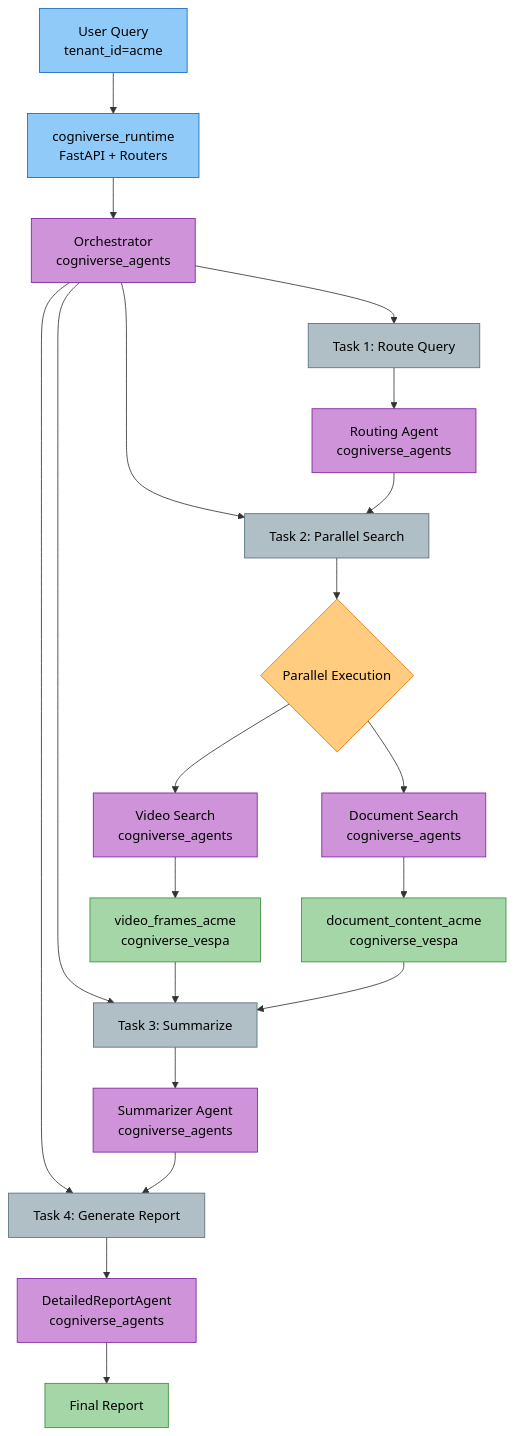
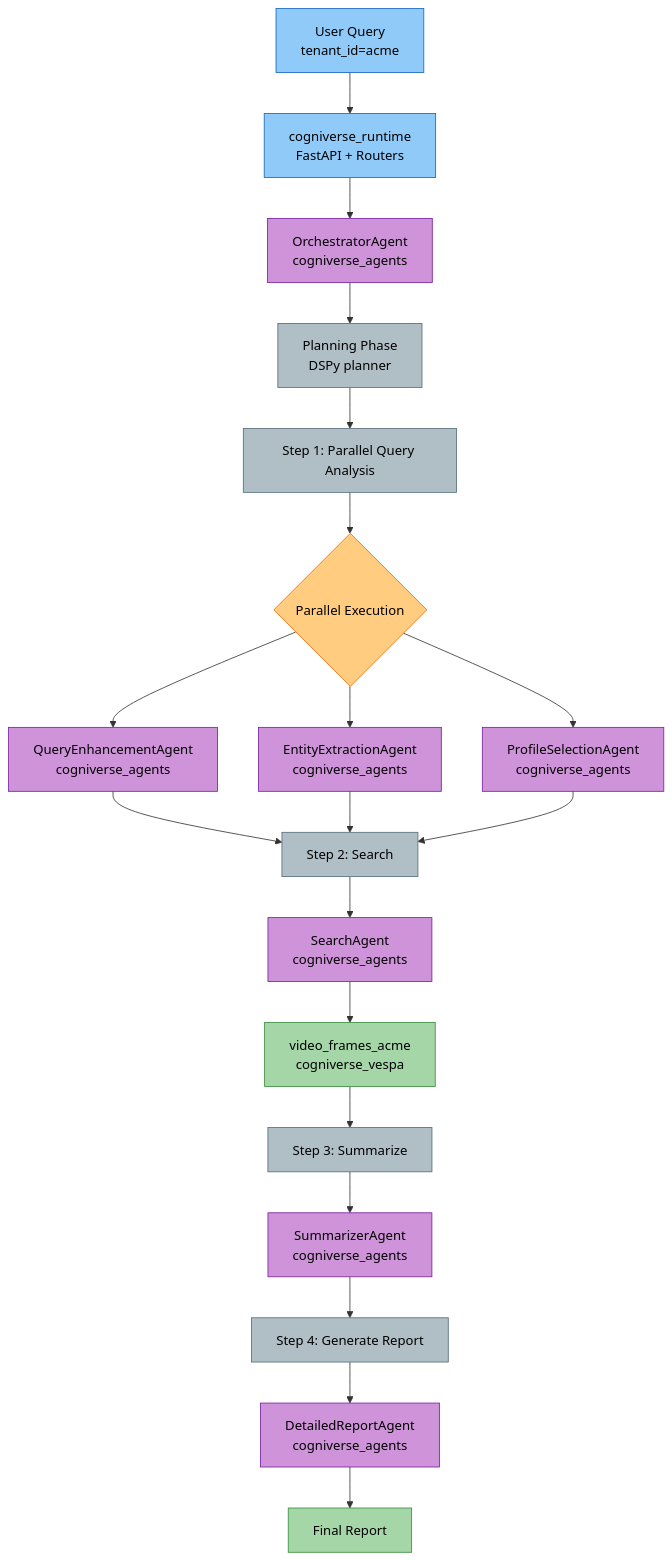
One commit to amit-jain/cogniverse changed the fifth of 24 diagrams in docs/architecture/system-flows.md. Above: the diagram before and after it, drawn with Mermaid. The commit also changed other lines of this file and 137 other files, not shown here.

First line of the commit message:
Refactor agents to tenant-agnostic startup with per-request tenant routing

````diff
--- a/docs/architecture/system-flows.md
+++ b/docs/architecture/system-flows.md
@@ -208,47 +195,46 @@
 ```mermaid
 flowchart TB
     Start[<span style='color:#000'>User Query<br/>tenant_id=acme</span>] --> Runtime[<span style='color:#000'>cogniverse_runtime<br/>FastAPI + Routers</span>]
 
-    Runtime --> Orchestrator[<span style='color:#000'>Orchestrator<br/>cogniverse_agents</span>]
+    Runtime --> Orchestrator[<span style='color:#000'>OrchestratorAgent<br/>cogniverse_agents</span>]
 
-    Orchestrator --> T1[<span style='color:#000'>Task 1: Route Query</span>]
-    Orchestrator --> T2[<span style='color:#000'>Task 2: Parallel Search</span>]
-    Orchestrator --> T3[<span style='color:#000'>Task 3: Summarize</span>]
-    Orchestrator --> T4[<span style='color:#000'>Task 4: Generate Report</span>]
+    Orchestrator --> T1[<span style='color:#000'>Planning Phase<br/>DSPy planner</span>]
 
-    T1 --> Routing[<span style='color:#000'>Routing Agent<br/>cogniverse_agents</span>]
-    Routing --> T2
+    T1 --> T2[<span style='color:#000'>Step 1: Parallel Query Analysis</span>]
+    T2 --> ParallelBlock{<span style='color:#000'>Parallel Execution</span>}
+    ParallelBlock --> QEnh[<span style='color:#000'>QueryEnhancementAgent<br/>cogniverse_agents</span>]
+    ParallelBlock --> Entity[<span style='color:#000'>EntityExtractionAgent<br/>cogniverse_agents</span>]
+    ParallelBlock --> Profile[<span style='color:#000'>ProfileSelectionAgent<br/>cogniverse_agents</span>]
 
-    T2 --> ParallelBlock{<span style='color:#000'>Parallel Execution</span>}
-    ParallelBlock --> Video[<span style='color:#000'>Video Search<br/>cogniverse_agents</span>]
-    ParallelBlock --> Document[<span style='color:#000'>Document Search<br/>cogniverse_agents</span>]
+    QEnh --> T3[<span style='color:#000'>Step 2: Search</span>]
+    Entity --> T3
+    Profile --> T3
 
-    Video --> VespaV[<span style='color:#000'>video_frames_acme<br/>cogniverse_vespa</span>]
-    Document --> VespaT[<span style='color:#000'>document_content_acme<br/>cogniverse_vespa</span>]
+    T3 --> Search[<span style='color:#000'>SearchAgent<br/>cogniverse_agents</span>]
+    Search --> VespaV[<span style='color:#000'>video_frames_acme<br/>cogniverse_vespa</span>]
 
-    VespaV --> T3
-    VespaT --> T3
+    VespaV --> T4[<span style='color:#000'>Step 3: Summarize</span>]
+    T4 --> Summarizer[<span style='color:#000'>SummarizerAgent<br/>cogniverse_agents</span>]
+    Summarizer --> T5[<span style='color:#000'>Step 4: Generate Report</span>]
 
-    T3 --> Summarizer[<span style='color:#000'>Summarizer Agent<br/>cogniverse_agents</span>]
-    Summarizer --> T4
-
-    T4 --> Reporter[<span style='color:#000'>DetailedReportAgent<br/>cogniverse_agents</span>]
+    T5 --> Reporter[<span style='color:#000'>DetailedReportAgent<br/>cogniverse_agents</span>]
     Reporter --> Result[<span style='color:#000'>Final Report</span>]
 
     style Start fill:#90caf9,stroke:#1565c0,color:#000
     style Runtime fill:#90caf9,stroke:#1565c0,color:#000
     style Orchestrator fill:#ce93d8,stroke:#7b1fa2,color:#000
     style T1 fill:#b0bec5,stroke:#546e7a,color:#000
     style T2 fill:#b0bec5,stroke:#546e7a,color:#000
     style T3 fill:#b0bec5,stroke:#546e7a,color:#000
     style T4 fill:#b0bec5,stroke:#546e7a,color:#000
-    style Routing fill:#ce93d8,stroke:#7b1fa2,color:#000
+    style T5 fill:#b0bec5,stroke:#546e7a,color:#000
     style ParallelBlock fill:#ffcc80,stroke:#ef6c00,color:#000
-    style Video fill:#ce93d8,stroke:#7b1fa2,color:#000
-    style Document fill:#ce93d8,stroke:#7b1fa2,color:#000
+    style QEnh fill:#ce93d8,stroke:#7b1fa2,color:#000
+    style Entity fill:#ce93d8,stroke:#7b1fa2,color:#000
+    style Profile fill:#ce93d8,stroke:#7b1fa2,color:#000
+    style Search fill:#ce93d8,stroke:#7b1fa2,color:#000
     style VespaV fill:#a5d6a7,stroke:#388e3c,color:#000
-    style VespaT fill:#a5d6a7,stroke:#388e3c,color:#000
     style Summarizer fill:#ce93d8,stroke:#7b1fa2,color:#000
     style Reporter fill:#ce93d8,stroke:#7b1fa2,color:#000
     style Result fill:#a5d6a7,stroke:#388e3c,color:#000
 ```
````
